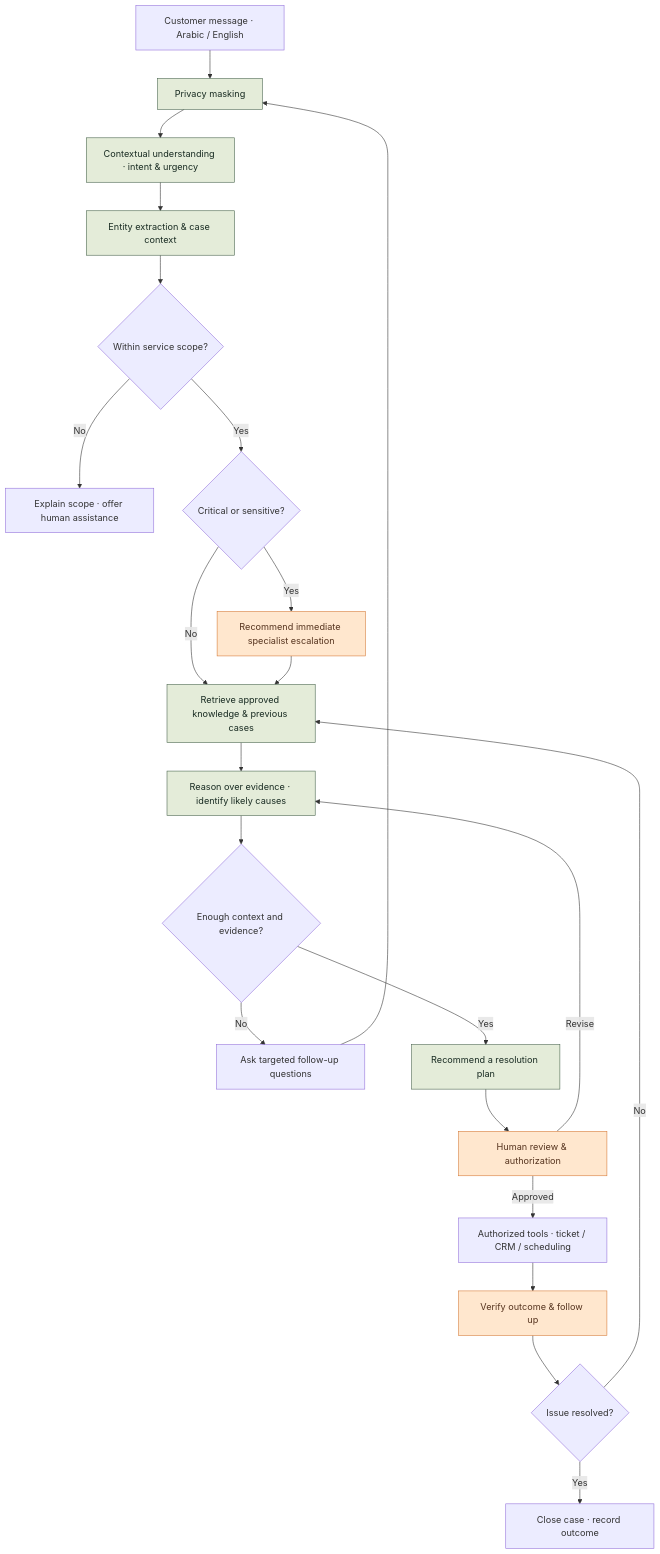
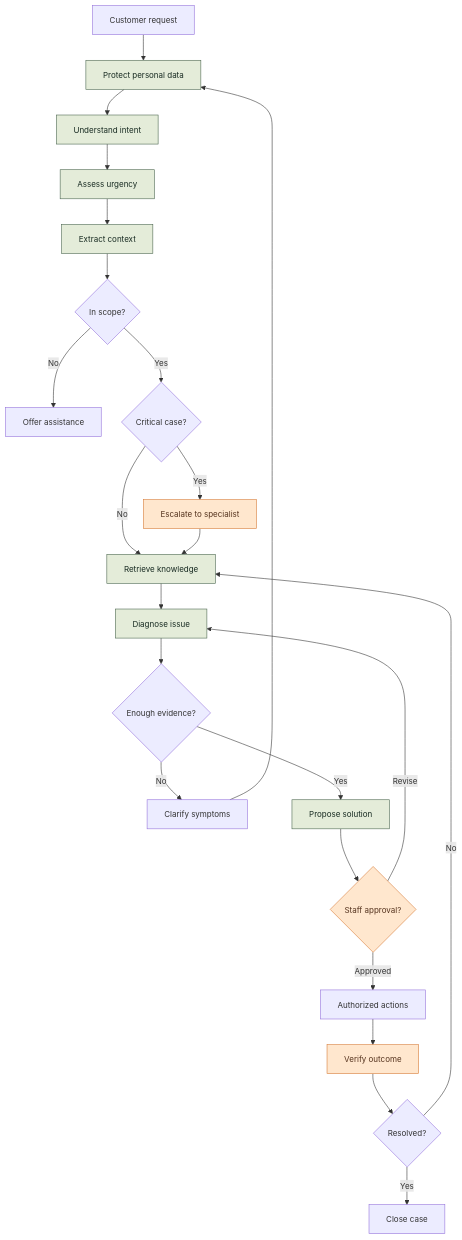
The diagram in README.md (DanaAlotaibi11/DanaShift-NLP), drawn with Mermaid before and after one commit.

Commit message:
Simplify workflow labels and improve diagram typography

````diff
--- a/README.md
+++ b/README.md
@@ -44,28 +44,30 @@
 ```mermaid
+%%{init: {"flowchart": {"htmlLabels": true, "nodeSpacing": 35, "rankSpacing": 45}, "themeVariables": {"fontFamily": "Arial, sans-serif", "fontSize": "14px"}}}%%
 flowchart TD
-    A["Customer message · Arabic / English"] --> B["Privacy masking"]
-    B --> C["Contextual understanding · intent & urgency"]
-    C --> D["Entity extraction & case context"]
-    D --> E{"Within service scope?"}
-    E -->|No| F["Explain scope · offer human assistance"]
-    E -->|Yes| G{"Critical or sensitive?"}
-    G -->|Yes| H["Recommend immediate specialist escalation"]
-    G -->|No| I["Retrieve approved knowledge & previous cases"]
-    H --> I
-    I --> J["Reason over evidence · identify likely causes"]
-    J --> K{"Enough context and evidence?"}
-    K -->|No| L["Ask targeted follow-up questions"]
-    L --> B
-    K -->|Yes| M["Recommend a resolution plan"]
-    M --> N["Human review & authorization"]
-    N -->|Approved| O["Authorized tools · ticket / CRM / scheduling"]
-    N -->|Revise| J
-    O --> P["Verify outcome & follow up"]
-    P --> Q{"Issue resolved?"}
-    Q -->|Yes| R["Close case · record outcome"]
-    Q -->|No| I
+    A["Customer request"] --> B["Protect personal data"]
+    B --> C["Understand intent"]
+    C --> D["Assess urgency"]
+    D --> E["Extract context"]
+    E --> F{"In scope?"}
+    F -->|No| G["Offer assistance"]
+    F -->|Yes| H{"Critical case?"}
+    H -->|Yes| I["Escalate to specialist"]
+    H -->|No| J["Retrieve knowledge"]
+    I --> J
+    J --> K["Diagnose issue"]
+    K --> L{"Enough evidence?"}
+    L -->|No| M["Clarify symptoms"]
+    M --> B
+    L -->|Yes| N["Propose solution"]
+    N --> O{"Staff approval?"}
+    O -->|Revise| K
+    O -->|Approved| P["Authorized actions"]
+    P --> Q["Verify outcome"]
+    Q --> R{"Resolved?"}
+    R -->|No| J
+    R -->|Yes| S["Close case"]
     classDef core fill:#e4ecd9,stroke:#49644d,color:#182b22
     classDef review fill:#ffe7ce,stroke:#d67a36,color:#55331e
-    class B,C,D,I,J,M core
-    class H,N,P review
+    class B,C,D,E,J,K,N core
+    class I,O,Q review
 ```
````
